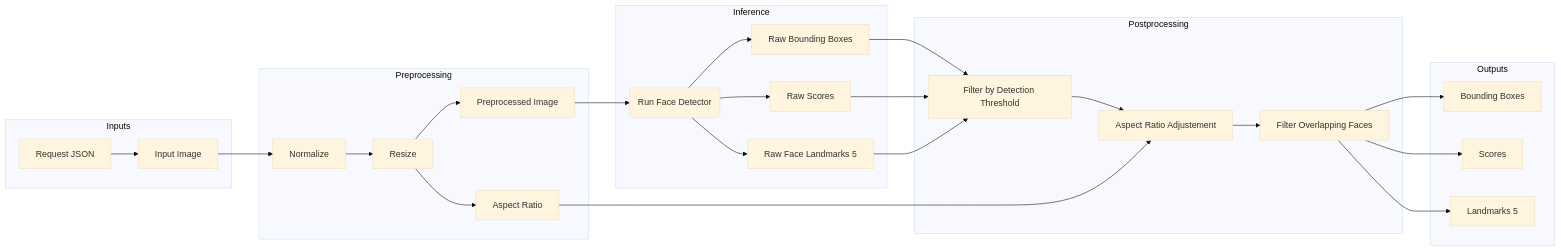
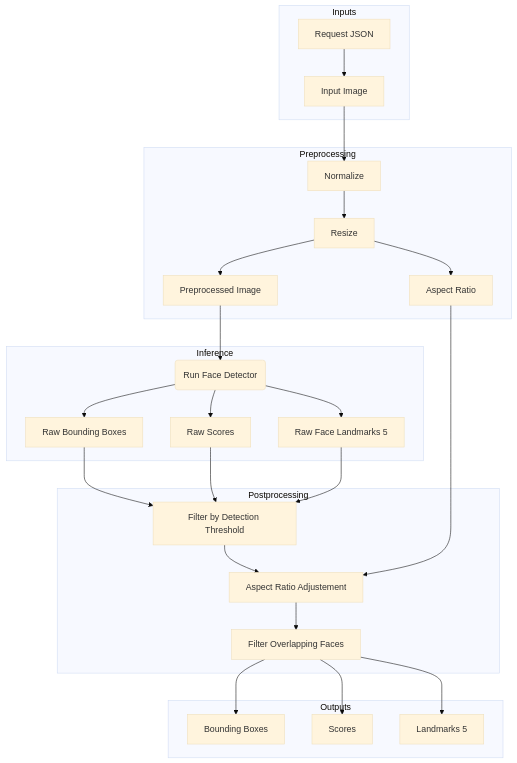
The diagram in README.md (TMASynthetics/tma_face_services_face_detector), drawn with Mermaid (base theme) before and after one commit.

Commit message:
Readme update

````diff
--- a/README.md
+++ b/README.md
@@ -69,27 +69,27 @@
    ```mermaid
-   graph LR
+   graph TD
       subgraph Inputs
       RJ[Request JSON] --> II[Input Image]
       end
 
       subgraph Preprocessing
       II --> Normalize
       Normalize --> Resize
       Resize --> PI[Preprocessed Image] & AR[Aspect Ratio]
       end
       
       subgraph Inference
       PI --> RFDI(Run Face Detector)
       RFDI --> RBB[Raw Bounding Boxes] & RS[Raw Scores] & RFL5[Raw Face Landmarks 5]
       end
 
       subgraph Postprocessing
       RBB & RS & RFL5 --> FDT[Filter by Detection Threshold]
       FDT & AR --> ARA[Aspect Ratio Adjustement] 
       ARA --> FOF[Filter Overlapping Faces]
       end
 
       subgraph Outputs
       FOF --> BB[Bounding Boxes] & S[Scores] & L5[Landmarks 5]
       end
    ```
````
